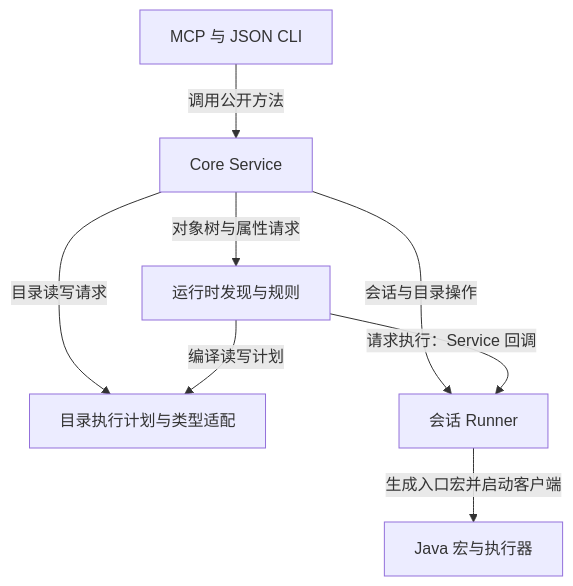
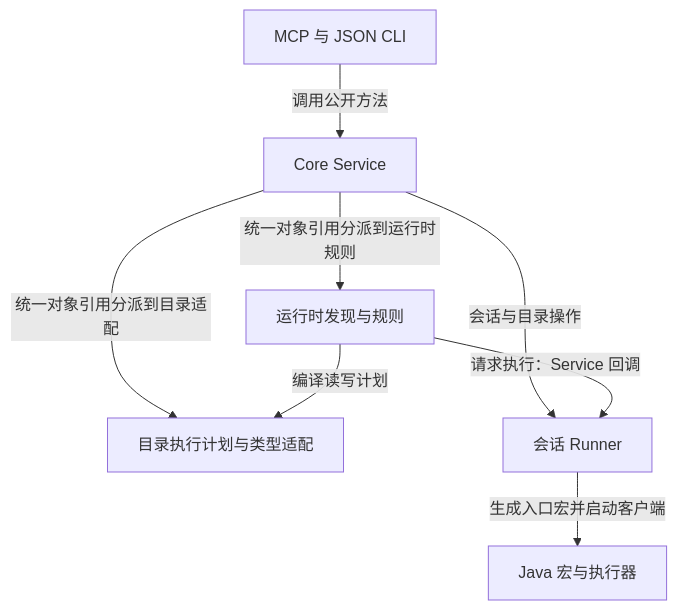
One commit to Laxpud/StarBridge changed the third of 3 diagrams in docs/tech/architecture.md. Above: the diagram before and after it, drawn with Mermaid. The commit also changed other lines of this file and 31 other files, not shown here.

````diff
--- a/docs/tech/architecture.md
+++ b/docs/tech/architecture.md
@@ -44,10 +44,10 @@
 ```mermaid
 flowchart TD
     entry["MCP 与 JSON CLI"] -->|调用公开方法| service["Core Service"]
-    service -->|对象树与属性请求| discovery["运行时发现与规则"]
-    service -->|目录读写请求| execution["目录执行计划与类型适配"]
+    service -->|统一对象引用分派到运行时规则| discovery["运行时发现与规则"]
+    service -->|统一对象引用分派到目录适配| execution["目录执行计划与类型适配"]
     discovery -->|编译读写计划| execution
     service -->|会话与目录操作| runner["会话 Runner"]
     discovery -->|请求执行：Service 回调| runner
     runner -->|生成入口宏并启动客户端| java["Java 宏与执行器"]
 ```
````
